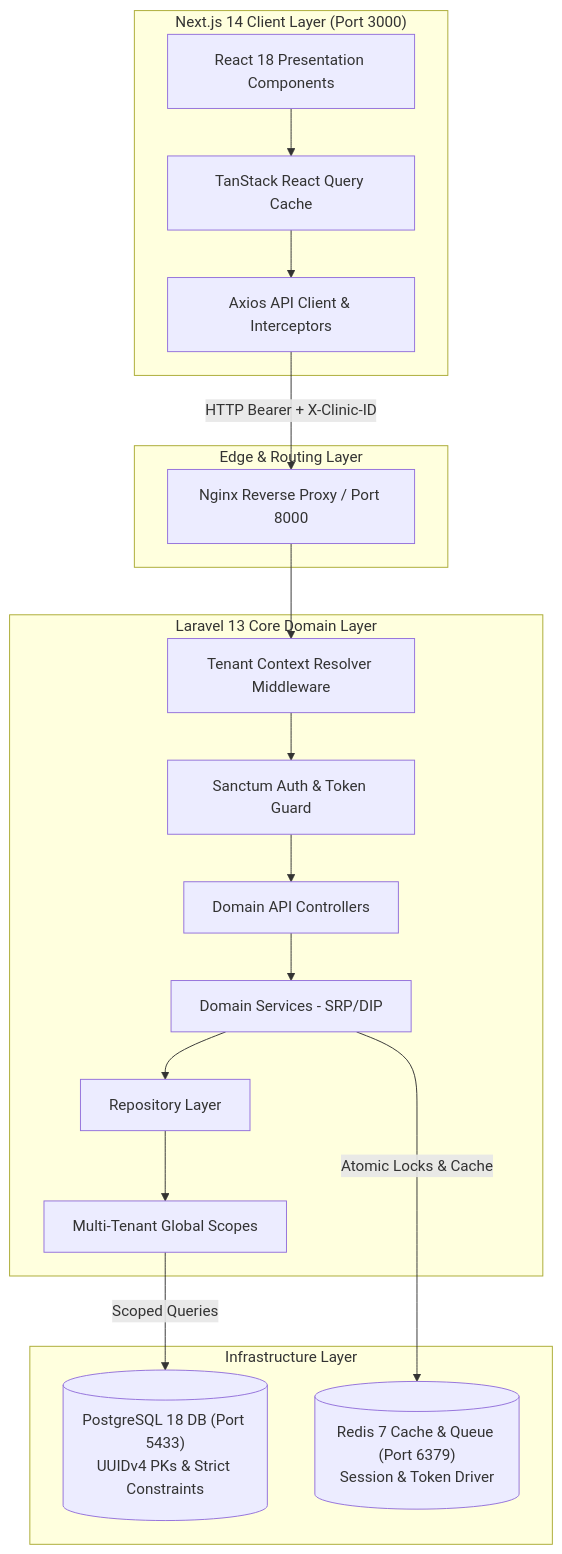
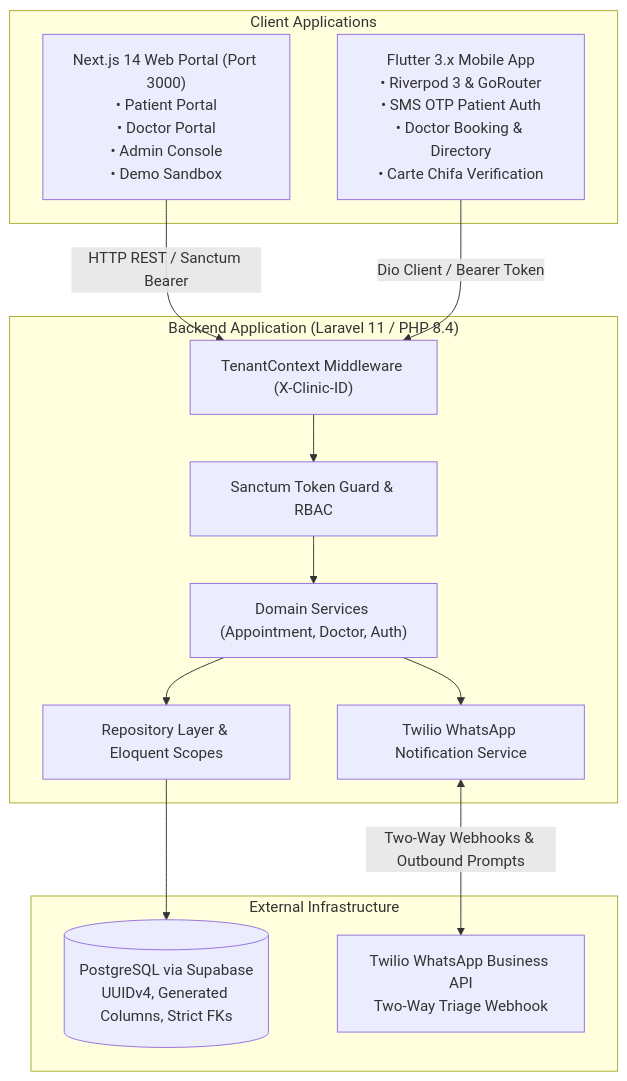
Before and after one commit to Abdelkouddous/care-pulse-v1: the first of 6 diagrams in docs/architecture_system_concepts.md, drawn with Mermaid. The commit also changed other lines of this file and 316 other files, not shown here.

````diff
--- a/docs/architecture_system_concepts.md
+++ b/docs/architecture_system_concepts.md
@@ -47,39 +28,29 @@
 ```mermaid
 graph TD
-    subgraph Client_Presentation_Layer ["Next.js 14 Client Layer (Port 3000)"]
-        UI[React 18 Presentation Components]
-        RQ[TanStack React Query Cache]
-        ClientAPI[Axios API Client & Interceptors]
-        UI --> RQ
-        RQ --> ClientAPI
+    subgraph Clients ["Client Applications"]
+        Web["Next.js 14 Web Portal (Port 3000)<br/>• Patient Portal<br/>• Doctor Portal<br/>• Admin Console<br/>• Demo Sandbox"]
+        Mobile["Flutter 3.x Mobile App<br/>• Riverpod 3 & GoRouter<br/>• SMS OTP Patient Auth<br/>• Doctor Booking & Directory<br/>• Carte Chifa Verification"]
     end
 
-    subgraph Gateway_Proxy ["Edge & Routing Layer"]
-        Nginx[Nginx Reverse Proxy / Port 8000]
+    subgraph API_Gateway ["Backend Application (Laravel 11 / PHP 8.4)"]
+        Sanctum["Sanctum Token Guard & RBAC"]
+        TenantMW["TenantContext Middleware (X-Clinic-ID)"]
+        Services["Domain Services (Appointment, Doctor, Auth)"]
+        Repo["Repository Layer & Eloquent Scopes"]
+        WAGateway["Twilio WhatsApp Notification Service"]
     end
 
-    subgraph Laravel_Domain_Core ["Laravel 13 Core Domain Layer"]
-        Middleware[Tenant Context Resolver Middleware]
-        Sanctum[Sanctum Auth & Token Guard]
-        Controller[Domain API Controllers]
-        Service[Domain Services - SRP/DIP]
-        Repo[Repository Layer]
-        GlobalScope[Multi-Tenant Global Scopes]
-
-        Middleware --> Sanctum
-        Sanctum --> Controller
-        Controller --> Service
-        Service --> Repo
-        Repo --> GlobalScope
+    subgraph External_Services ["External Infrastructure"]
+        Supabase[("PostgreSQL via Supabase<br/>UUIDv4, Generated Columns, Strict FKs")]
+        Twilio["Twilio WhatsApp Business API<br/>Two-Way Triage Webhook"]
     end
 
-    subgraph Persistence_Cache ["Infrastructure Layer"]
-        Postgres[("PostgreSQL 18 DB (Port 5433)\nUUIDv4 PKs & Strict Constraints")]
-        Redis[("Redis 7 Cache & Queue (Port 6379)\nSession & Token Driver")]
-    end
-
-    ClientAPI -->|HTTP Bearer + X-Clinic-ID| Nginx
-    Nginx --> Middleware
-    GlobalScope -->|Scoped Queries| Postgres
-    Service -->|Atomic Locks & Cache| Redis
+    Web -->|HTTP REST / Sanctum Bearer| TenantMW
+    Mobile -->|Dio Client / Bearer Token| TenantMW
+    TenantMW --> Sanctum
+    Sanctum --> Services
+    Services --> Repo
+    Repo --> Supabase
+    Services --> WAGateway
+    WAGateway <-->|Two-Way Webhooks & Outbound Prompts| Twilio
 ```
````
